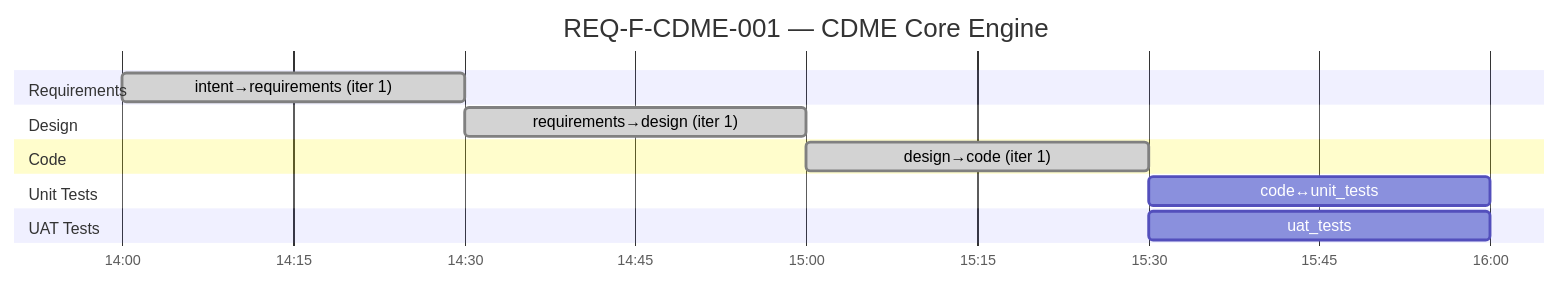
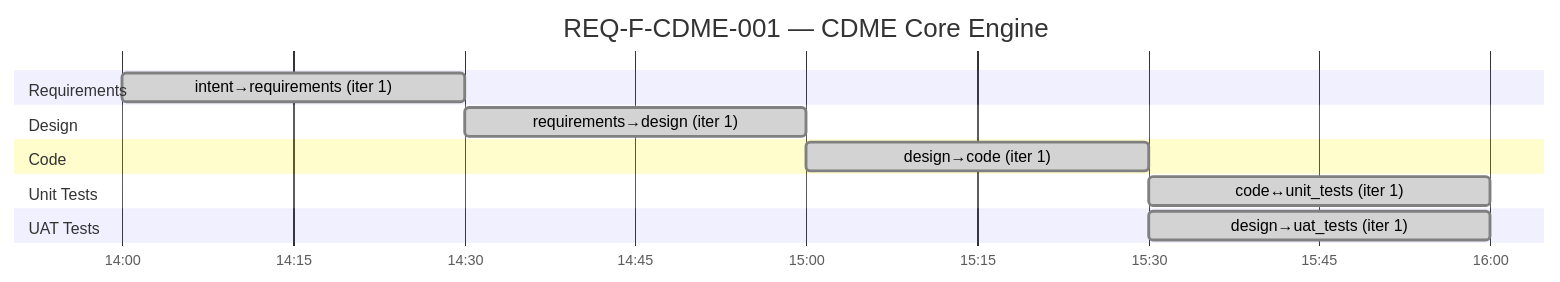
The diagram in local_projects/data_mapper.test04/.ai-workspace/STATUS.md (foolishimp/ai_sdlc_examples), drawn with Mermaid before and after one commit. The commit also changed other lines of this file and 32 other files, not shown here.

First line of the commit message:
feat: data_mapper.test04 — TDD + BDD edge traversal complete

````diff
--- a/local_projects/data_mapper.test04/.ai-workspace/STATUS.md
+++ b/local_projects/data_mapper.test04/.ai-workspace/STATUS.md
@@ -12,21 +13,21 @@
 ```mermaid
 gantt
     title REQ-F-CDME-001 — CDME Core Engine
     dateFormat YYYY-MM-DDTHH:mm
     axisFormat %H:%M
 
     section Requirements
     intent→requirements (iter 1) :done, req1, 2026-02-20T14:00, 2026-02-20T14:30
 
     section Design
     requirements→design (iter 1) :done, des1, 2026-02-20T14:30, 2026-02-20T15:00
 
     section Code
     design→code (iter 1) :done, code1, 2026-02-20T15:00, 2026-02-20T15:30
 
     section Unit Tests
-    code↔unit_tests :pending, after code1, 30m
+    code↔unit_tests (iter 1) :done, tdd1, 2026-02-20T15:30, 2026-02-20T16:00
 
     section UAT Tests
-    uat_tests :pending, after code1, 30m
+    design→uat_tests (iter 1) :done, bdd1, 2026-02-20T15:30, 2026-02-20T16:00
 ```
````
